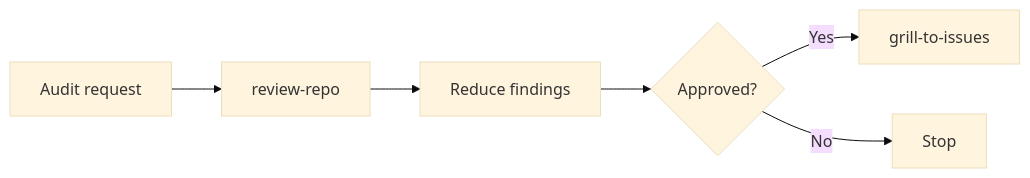
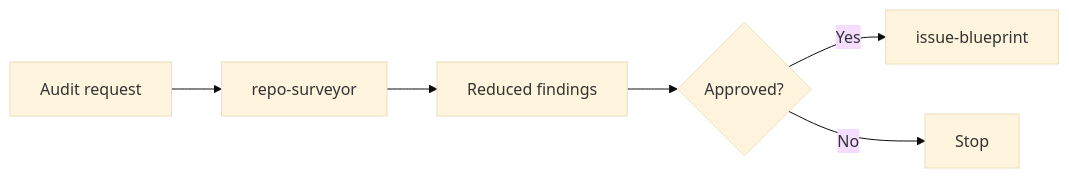
The second of 5 diagrams in README.md (HenryQW/skills), drawn with Mermaid (base theme) before and after one commit. The commit also changed other lines of this file and 35 other files, not shown here.

````diff
--- a/README.md
+++ b/README.md
@@ -45,8 +52,8 @@
 ```mermaid
 flowchart LR
-  audit["Audit request"] --> review["review-repo"]
-  review --> reduce["Reduce findings"]
+  audit["Audit request"] --> surveyor["repo-surveyor"]
+  surveyor --> reduce["Reduced findings"]
   reduce --> approve{"Approved?"}
-  approve -->|Yes| issues["grill-to-issues"]
+  approve -->|Yes| blueprint["issue-blueprint"]
   approve -->|No| stop["Stop"]
 ```
````
